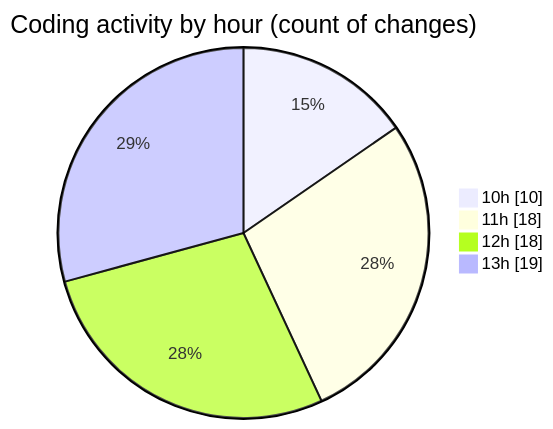
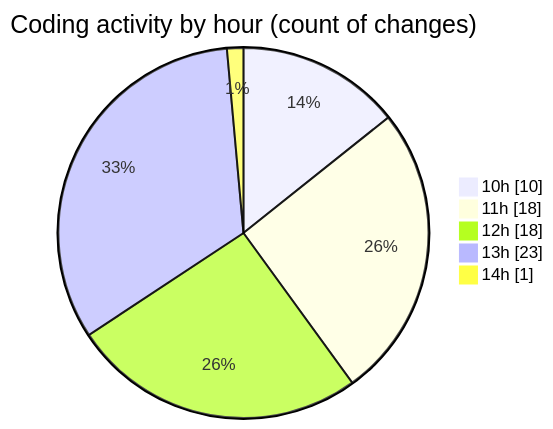
The second of 2 diagrams in 2025-07-14/cda/README.md (momahboobian/code-tracking), drawn with Mermaid before and after one commit. The commit also changed other lines of this file and 1 other file, not shown here.

````diff
--- a/2025-07-14/cda/README.md
+++ b/2025-07-14/cda/README.md
@@ -35,8 +35,9 @@
 ```mermaid
 pie showData
 title Coding activity by hour (count of changes)
 "10h" : 10
 "11h" : 18
 "12h" : 18
-"13h" : 19
+"13h" : 23
+"14h" : 1
 ```
````
